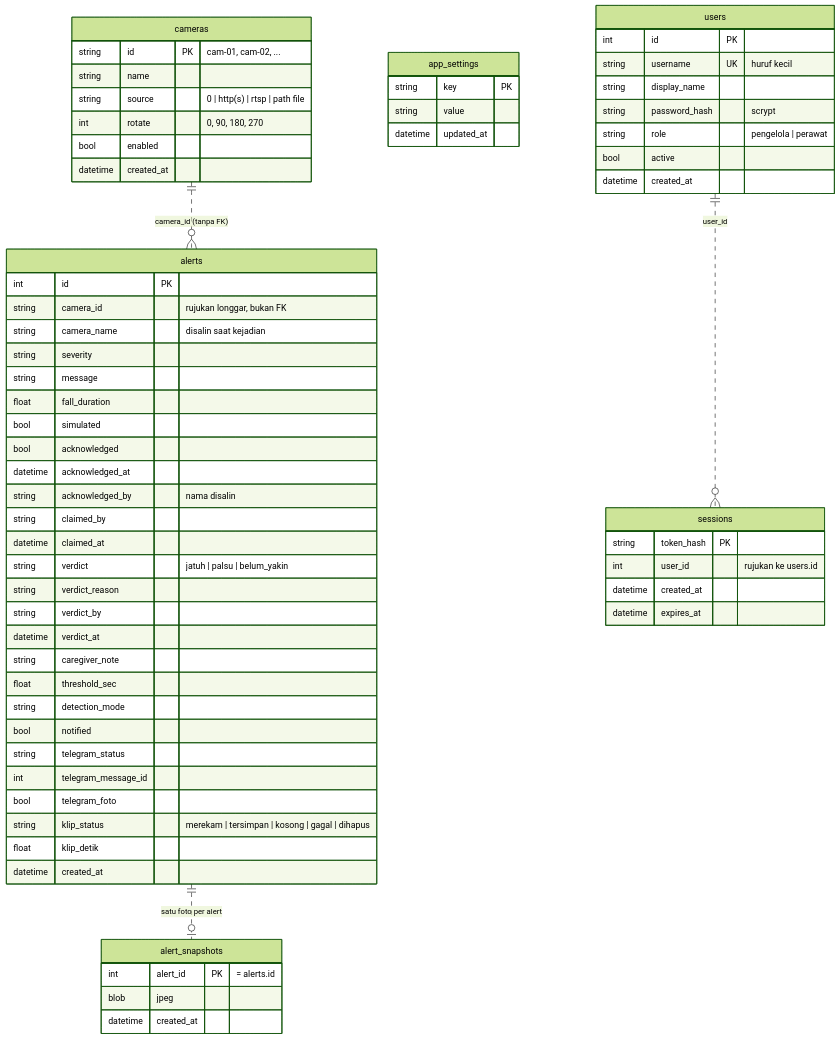
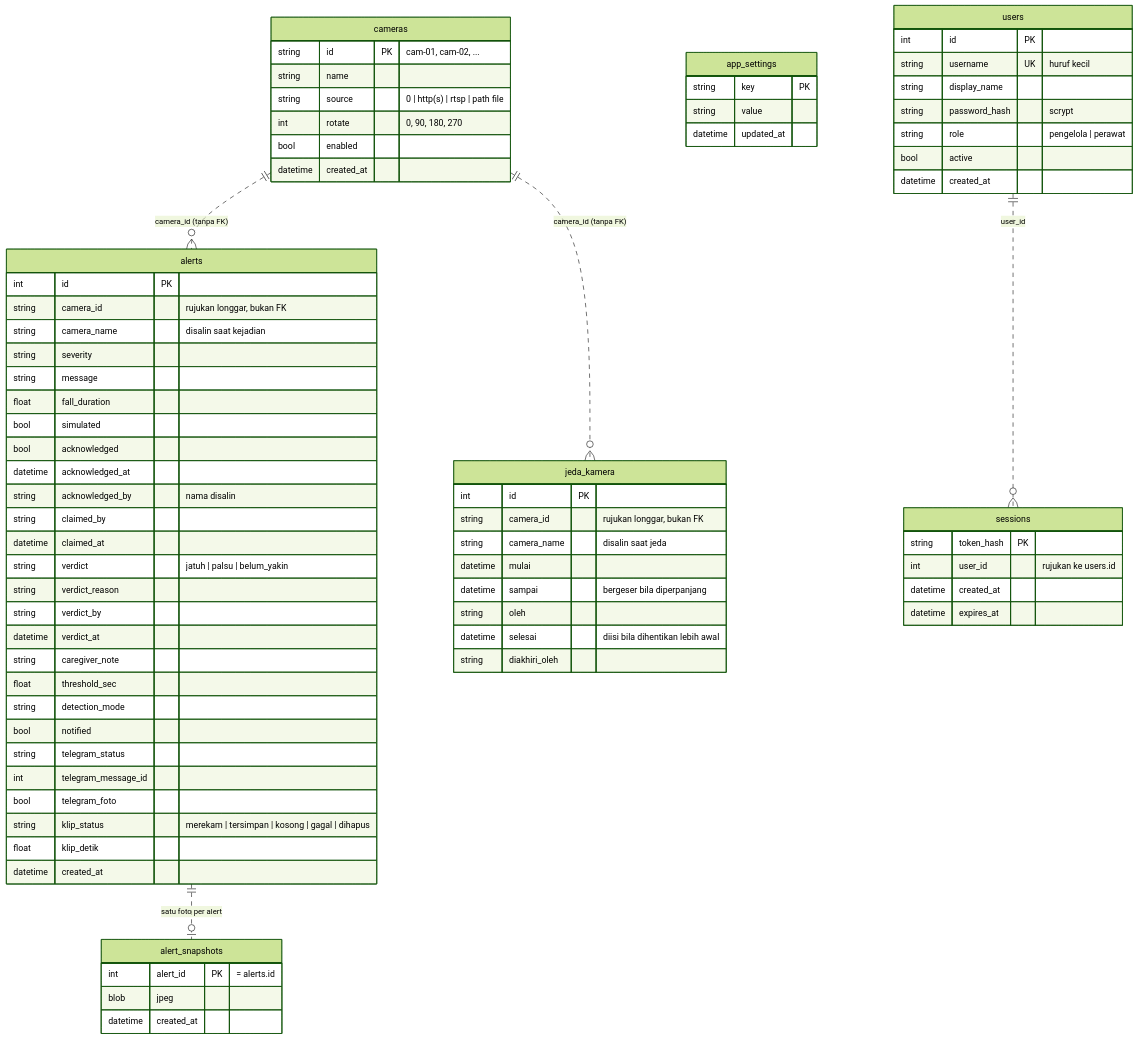
One commit to 0Raja0-RA/nursing-home-fall-detection changed the diagram in SCHEMA.md. Above: the diagram before and after it, drawn with Mermaid (forest theme). The commit also changed other lines of this file and 16 other files, not shown here.

First line of the commit message:
Mode perawatan: jeda deteksi per kamera dengan hitung mundur

````diff
--- a/SCHEMA.md
+++ b/SCHEMA.md
@@ -13,67 +13,78 @@
 ```mermaid
 erDiagram
     cameras {
         string id PK "cam-01, cam-02, ..."
         string name
         string source "0 | http(s) | rtsp | path file"
         int rotate "0, 90, 180, 270"
         bool enabled
         datetime created_at
     }
     app_settings {
         string key PK
         string value
         datetime updated_at
     }
     alerts {
         int id PK
         string camera_id "rujukan longgar, bukan FK"
         string camera_name "disalin saat kejadian"
         string severity
         string message
         float fall_duration
         bool simulated
         bool acknowledged
         datetime acknowledged_at
         string acknowledged_by "nama disalin"
         string claimed_by
         datetime claimed_at
         string verdict "jatuh | palsu | belum_yakin"
         string verdict_reason
         string verdict_by
         datetime verdict_at
         string caregiver_note
         float threshold_sec
         string detection_mode
         bool notified
         string telegram_status
         int telegram_message_id
         bool telegram_foto
         string klip_status "merekam | tersimpan | kosong | gagal | dihapus"
         float klip_detik
         datetime created_at
     }
     alert_snapshots {
         int alert_id PK "= alerts.id"
         blob jpeg
         datetime created_at
     }
     users {
         int id PK
         string username UK "huruf kecil"
         string display_name
         string password_hash "scrypt"
         string role "pengelola | perawat"
         bool active
         datetime created_at
     }
     sessions {
         string token_hash PK
         int user_id "rujukan ke users.id"
         datetime created_at
         datetime expires_at
     }
+    jeda_kamera {
+        int id PK
+        string camera_id "rujukan longgar, bukan FK"
+        string camera_name "disalin saat jeda"
+        datetime mulai
+        datetime sampai "bergeser bila diperpanjang"
+        string oleh
+        datetime selesai "diisi bila dihentikan lebih awal"
+        string diakhiri_oleh
+    }
     cameras ||..o{ alerts : "camera_id (tanpa FK)"
     alerts ||..o| alert_snapshots : "satu foto per alert"
     users ||..o{ sessions : "user_id"
+    cameras ||..o{ jeda_kamera : "camera_id (tanpa FK)"
 ```
````
